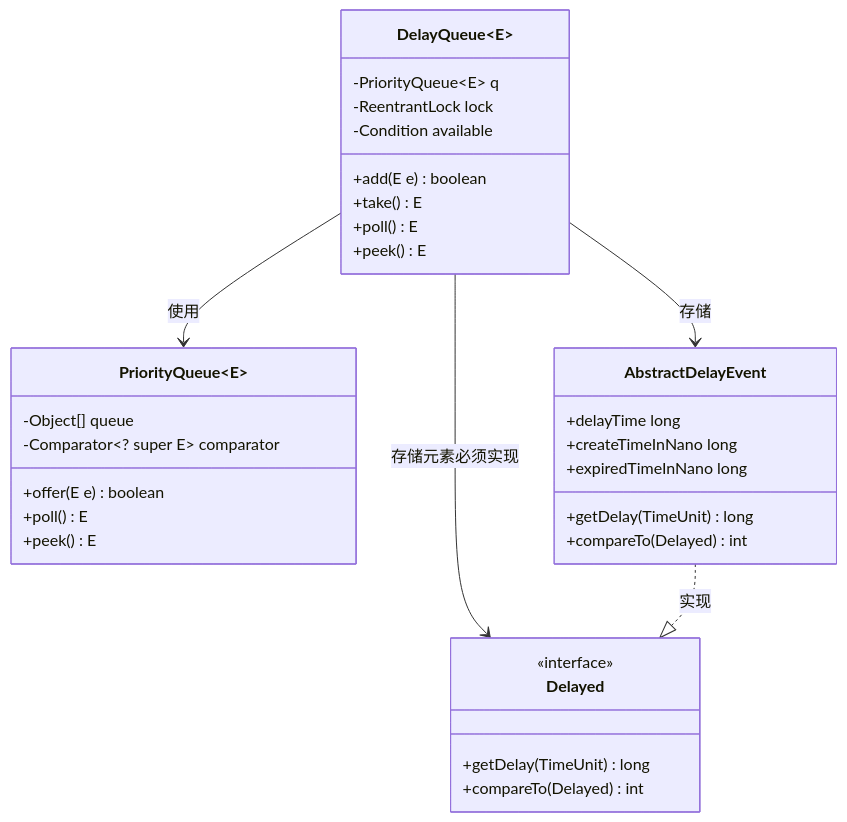
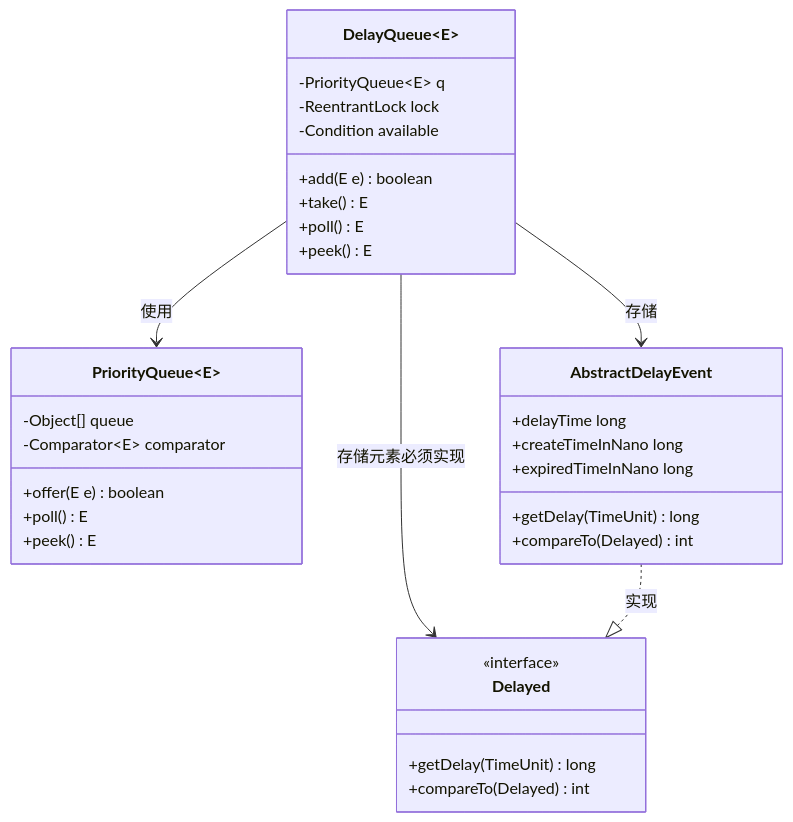
The seventh of 19 diagrams in dolphinscheduler-master/analyze/failover-analysis.md (vanchan5/dolphinscheduler), drawn with Mermaid before and after one commit. The commit also changed other lines of this file and 3 other files, not shown here.

````diff
--- a/dolphinscheduler-master/analyze/failover-analysis.md
+++ b/dolphinscheduler-master/analyze/failover-analysis.md
@@ -354,39 +475,39 @@
 ```mermaid
 classDiagram
     class DelayQueue~E~ {
         -PriorityQueue~E~ q
         -ReentrantLock lock
         -Condition available
         +add(E e) boolean
         +take() E
         +poll() E
         +peek() E
     }
     
     class Delayed {
         <<interface>>
         +getDelay(TimeUnit) long
         +compareTo(Delayed) int
     }
     
     class PriorityQueue~E~ {
         -Object[] queue
-        -Comparator~? super E~ comparator
+        -Comparator~E~ comparator
         +offer(E e) boolean
         +poll() E
         +peek() E
     }
     
     class AbstractDelayEvent {
         +delayTime long
         +createTimeInNano long
         +expiredTimeInNano long
         +getDelay(TimeUnit) long
         +compareTo(Delayed) int
     }
     
     DelayQueue --> PriorityQueue : 使用
     DelayQueue --> Delayed : 存储元素必须实现
     AbstractDelayEvent ..|> Delayed : 实现
     DelayQueue --> AbstractDelayEvent : 存储
 ```
````
